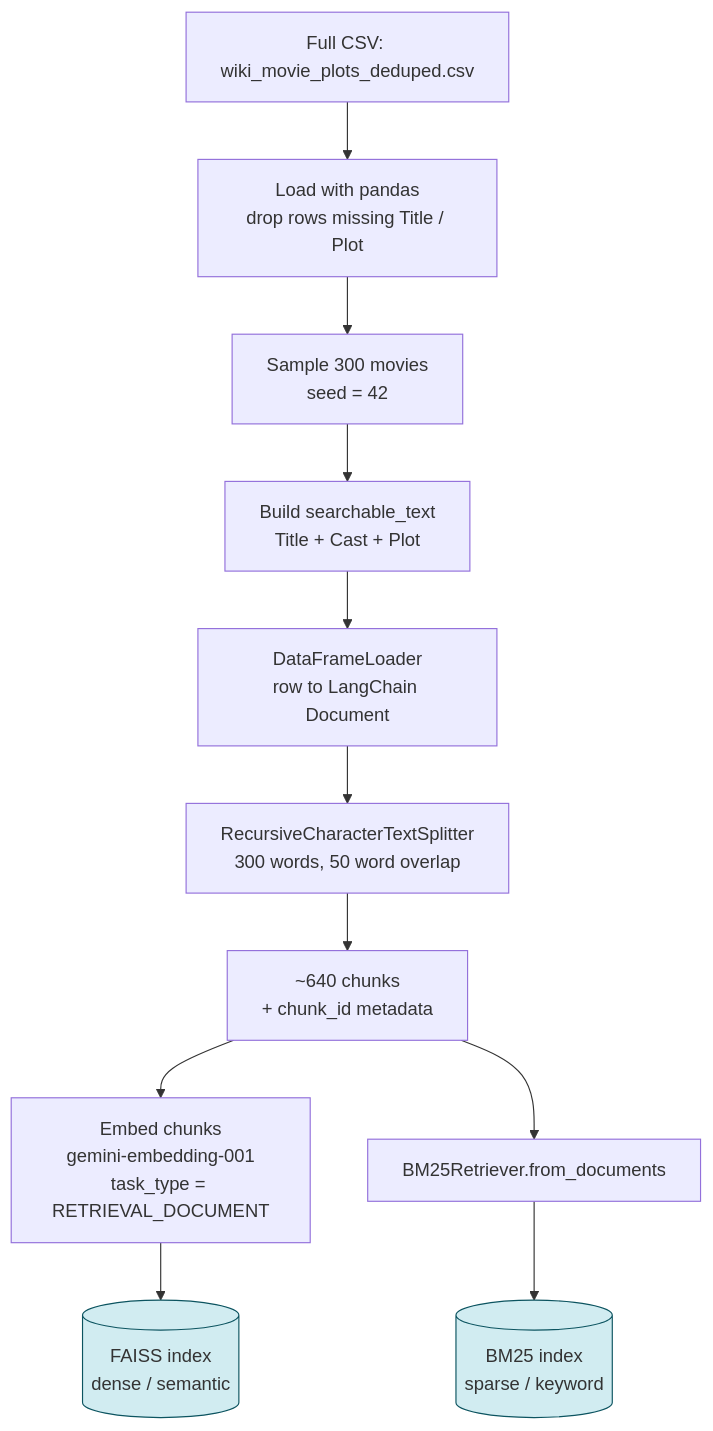
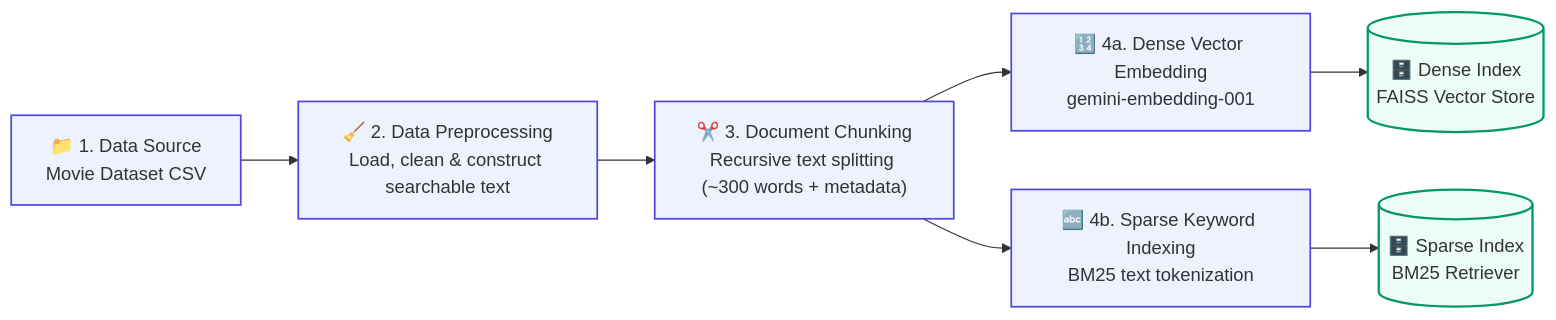
One commit to Thiwanka-Sandakalum/Mini-RAG-System-Movie-Plots changed the first of 2 diagrams in README.md. Above: the diagram before and after it, drawn with Mermaid. The commit also changed other lines of this file, not shown here.

Commit message:
docs: update README with streamlined horizontal diagrams and dataset setup guide

````diff
--- a/README.md
+++ b/README.md
@@ -11,17 +11,17 @@
 ```mermaid
-flowchart TD
-    A["Full CSV: wiki_movie_plots_deduped.csv"] --> B["Load with pandas<br/>drop rows missing Title / Plot"]
-    B --> C["Sample 300 movies<br/>seed = 42"]
-    C --> D["Build searchable_text<br/>Title + Cast + Plot"]
-    D --> E["DataFrameLoader<br/>row to LangChain Document"]
-    E --> F["RecursiveCharacterTextSplitter<br/>300 words, 50 word overlap"]
-    F --> G["~640 chunks<br/>+ chunk_id metadata"]
-    G --> H["Embed chunks<br/>gemini-embedding-001<br/>task_type = RETRIEVAL_DOCUMENT"]
-    G --> I["BM25Retriever.from_documents"]
-    H --> J[("FAISS index<br/>dense / semantic")]
-    I --> K[("BM25 index<br/>sparse / keyword")]
+flowchart LR
+    A["📁 1. Data Source<br/>Movie Dataset CSV"] --> B["🧹 2. Data Preprocessing<br/>Load, clean & construct searchable text"]
+    B --> C["✂️ 3. Document Chunking<br/>Recursive text splitting (~300 words + metadata)"]
+    
+    C --> H["🔢 4a. Dense Vector Embedding<br/>gemini-embedding-001"]
+    C --> I["🔤 4b. Sparse Keyword Indexing<br/>BM25 text tokenization"]
+    
+    H --> J[("🗄️ Dense Index<br/>FAISS Vector Store")]
+    I --> K[("🗄️ Sparse Index<br/>BM25 Retriever")]
 
-    classDef store fill:#d1ecf1,stroke:#0c5460,stroke-width:1px
+    classDef stage fill:#eef2ff,stroke:#4f46e5,stroke-width:1.5px
+    classDef store fill:#ecfdf5,stroke:#059669,stroke-width:2px
+
+    class A,B,C,H,I stage
     class J,K store
-
 ```
````
